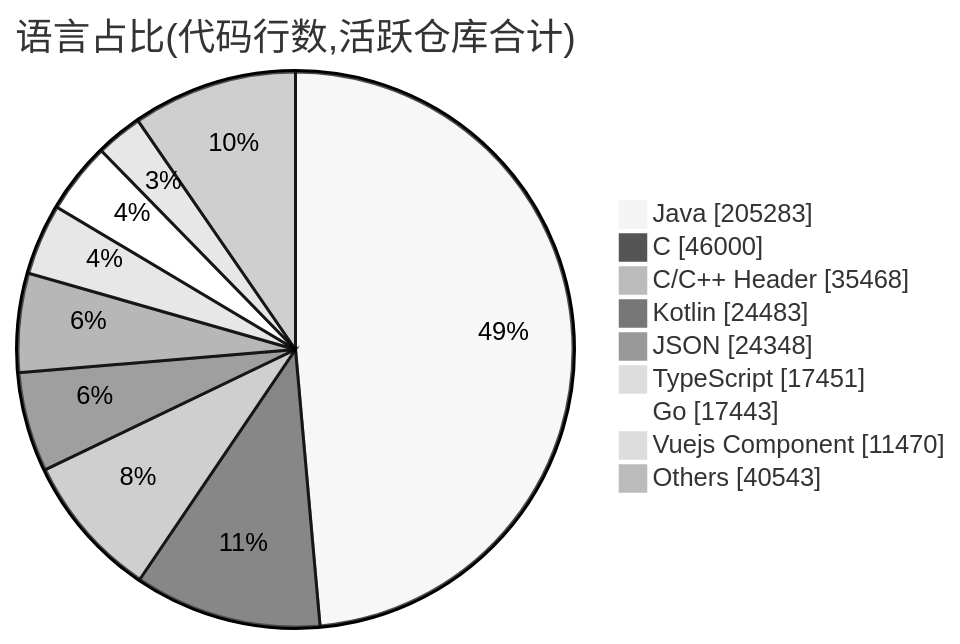
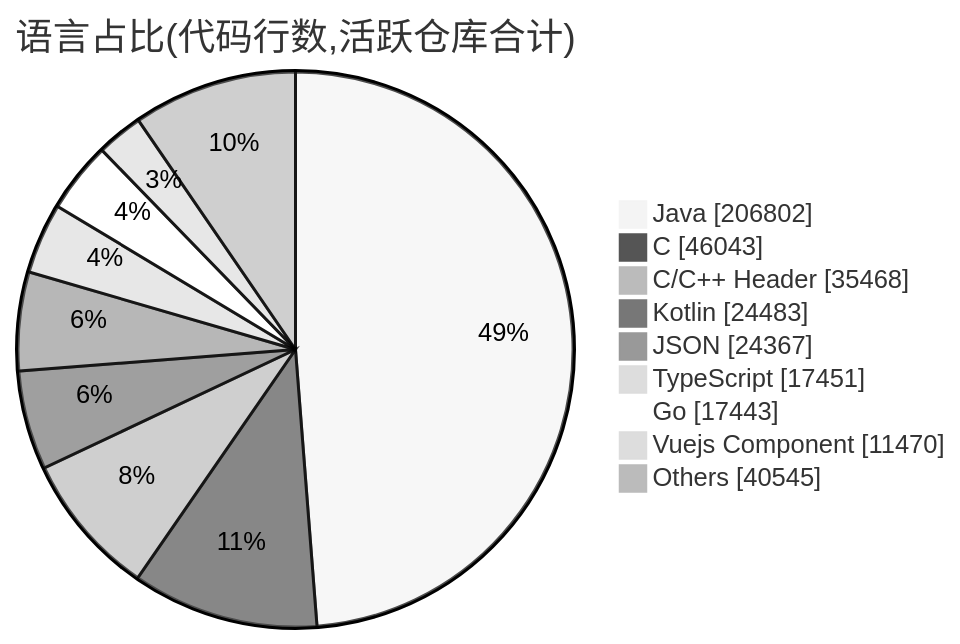
Before and after one commit to Conflux-Union/.github: the second of 2 diagrams in profile/README.md, drawn with Mermaid (neutral theme). The commit also changed other lines of this file and 1 other file, not shown here.

````diff
--- a/profile/README.md
+++ b/profile/README.md
@@ -82,13 +82,13 @@
 ```mermaid
 pie showData
     title 语言占比(代码行数,活跃仓库合计)
-    "Java" : 205283
-    "C" : 46000
+    "Java" : 206802
+    "C" : 46043
     "C/C++ Header" : 35468
     "Kotlin" : 24483
-    "JSON" : 24348
+    "JSON" : 24367
     "TypeScript" : 17451
     "Go" : 17443
     "Vuejs Component" : 11470
-    "Others" : 40543
+    "Others" : 40545
 ```
````
